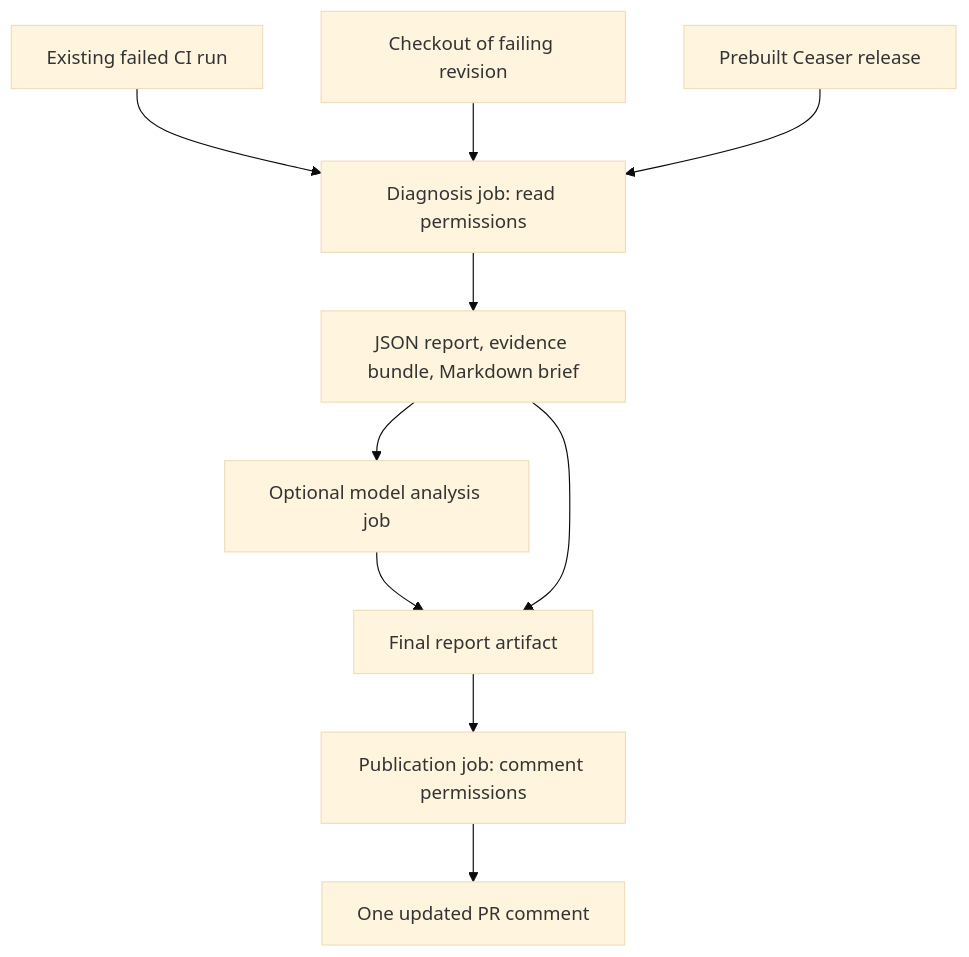
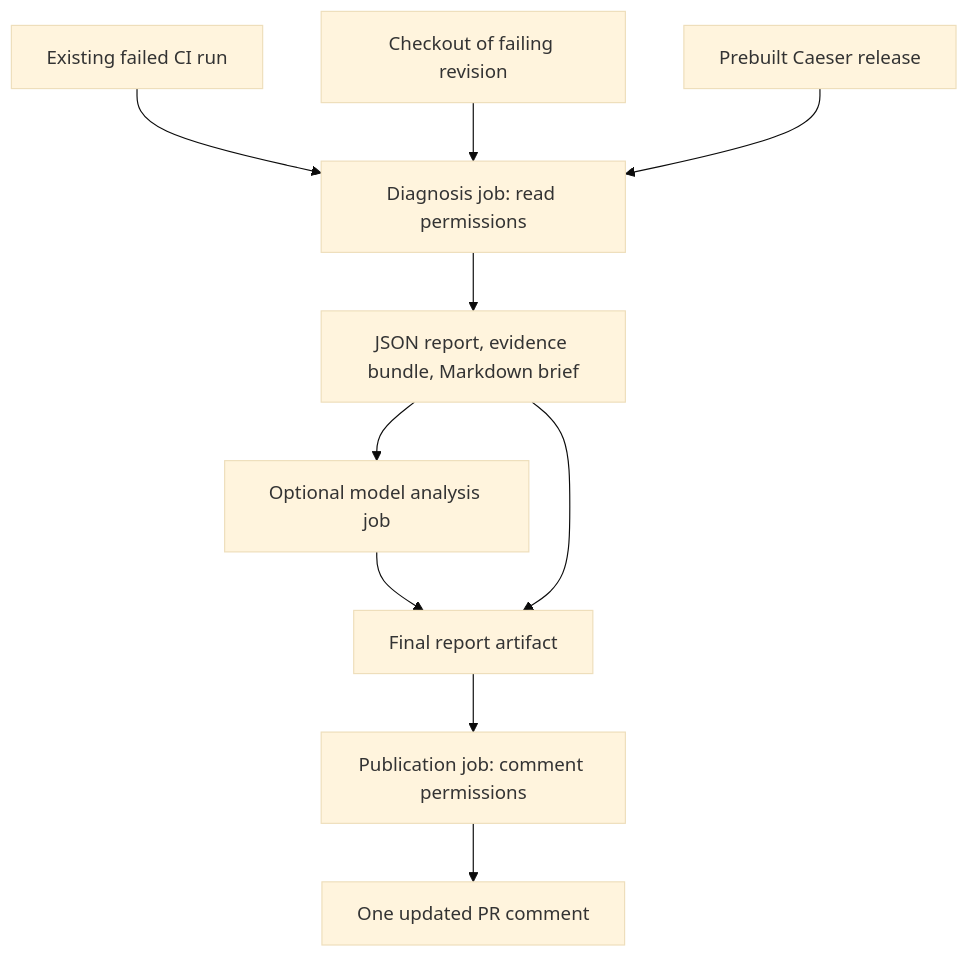
Before and after one commit to Malenia-org/Malenia: the diagram in docs/runtime-architecture.md, drawn with Mermaid (base theme). The commit also changed other lines of this file and 211 other files, not shown here.

First line of the commit message:
rename: Ceaser -> Caeser across CLI, config, env, docs and module

````diff
--- a/docs/runtime-architecture.md
+++ b/docs/runtime-architecture.md
@@ -10,12 +10,12 @@
 ```mermaid
 flowchart TD
     CI[Existing failed CI run] --> D[Diagnosis job: read permissions]
     S[Checkout of failing revision] --> D
-    B[Prebuilt Ceaser release] --> D
+    B[Prebuilt Caeser release] --> D
     D --> R[JSON report, evidence bundle, Markdown brief]
     R --> A[Optional model analysis job]
     A --> F[Final report artifact]
     R --> F
     F --> P[Publication job: comment permissions]
     P --> C[One updated PR comment]
 ```
````
